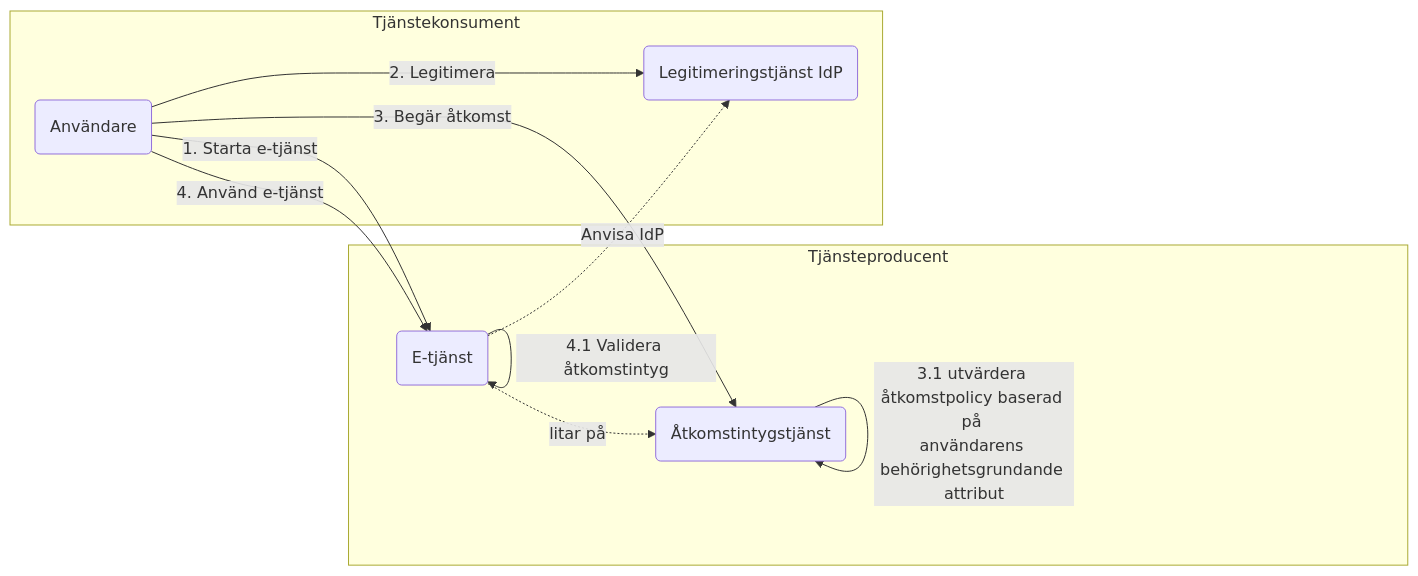
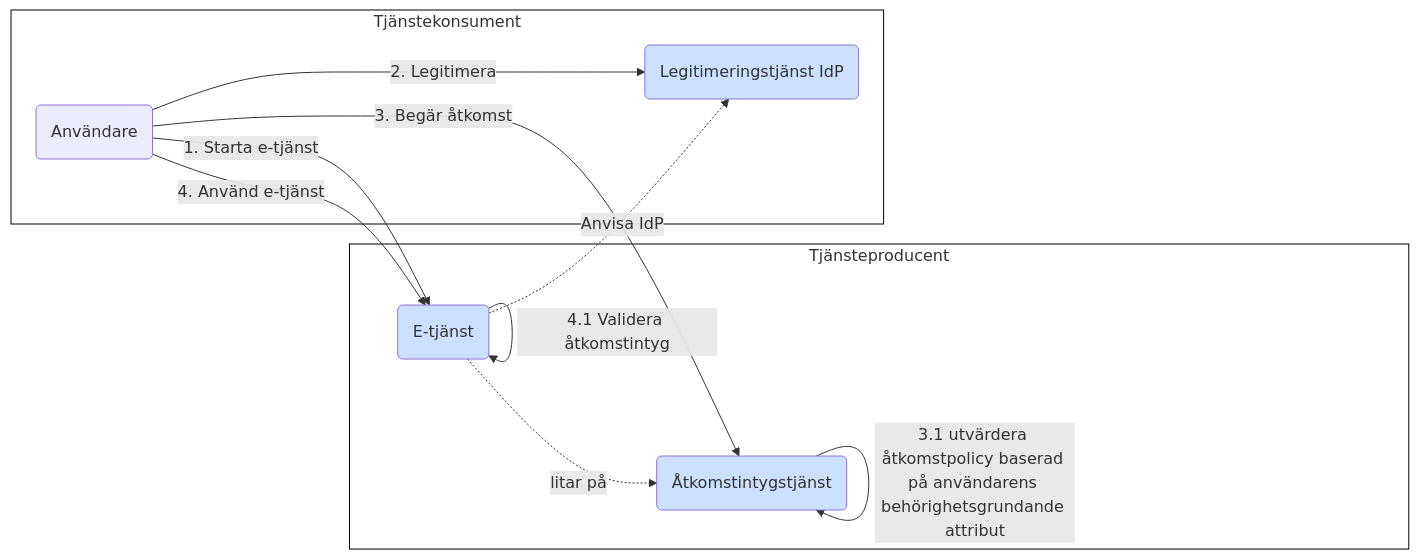
Before and after one commit to diggsweden/ena-authorization: the fifth of 9 diagrams in architecture/drafts/IAM_TargetArchitecture_Sweden.md, drawn with Mermaid. The commit also changed other lines of this file, not shown here.

Commit message:
Updated the graphs. Replaced underscores with <p> in mermaid and changed color schemes to match the graphics in chapter #4

````diff
--- a/architecture/drafts/IAM_TargetArchitecture_Sweden.md
+++ b/architecture/drafts/IAM_TargetArchitecture_Sweden.md
@@ -183,24 +208,29 @@
 ```mermaid
 graph LR
+classDef org fill:#F8E5A0
+classDef comp fill:#CCE1FF
+classDef box fill:#ffffff,stroke:#000000
 
 subgraph po[Tjänsteproducent]
-    p(E-tjänst)
-    as(Åtkomstintygstjänst)
+    p(E-tjänst):::comp
+    as(Åtkomstintygstjänst):::comp
 end
+po:::box
 
 subgraph co[Tjänstekonsument]
-    idp(Legitimeringstjänst IdP)
+    idp(Legitimeringstjänst IdP):::comp
     u(Användare)
 end
+co:::box
 
 idp ~~~ p
 
-u--1. Starta e-tjänst-->p
+u--<p>1. Starta e-tjänst-->p
 p-.Anvisa IdP.->idp
-u--2. Legitimera-->idp
-u--3. Begär åtkomst-->as
-as--3.1 utvärdera åtkomstpolicy baserad på <br>användarens behörighetsgrundande attribut-->as
-u--4. Använd e-tjänst-->p
+u--<p>2. Legitimera-->idp
+u--<p>3. Begär åtkomst-->as
+p--<p>4.1 Validera åtkomstintyg-->p
+as--<p>3.1 utvärdera åtkomstpolicy baserad på användarens behörighetsgrundande attribut-->as
+u--<p>4. Använd e-tjänst-->p
 p-.litar på.->as
-p--4.1 Validera åtkomstintyg-->p
 ```
````
